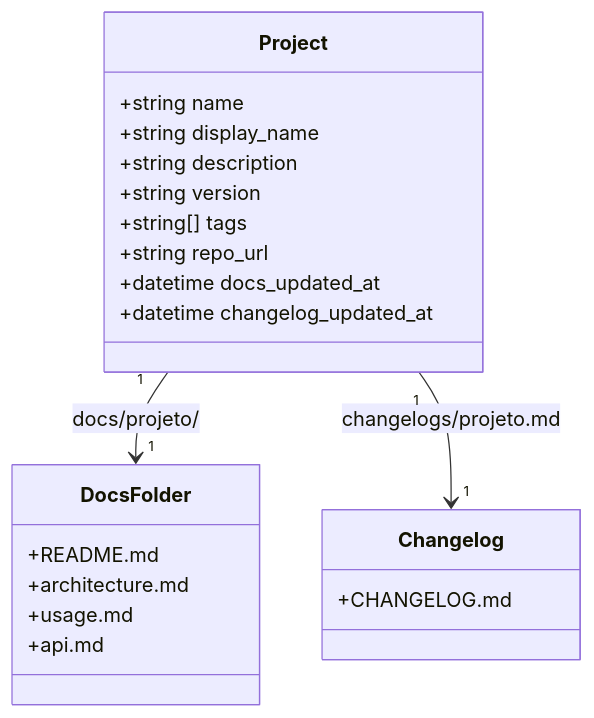
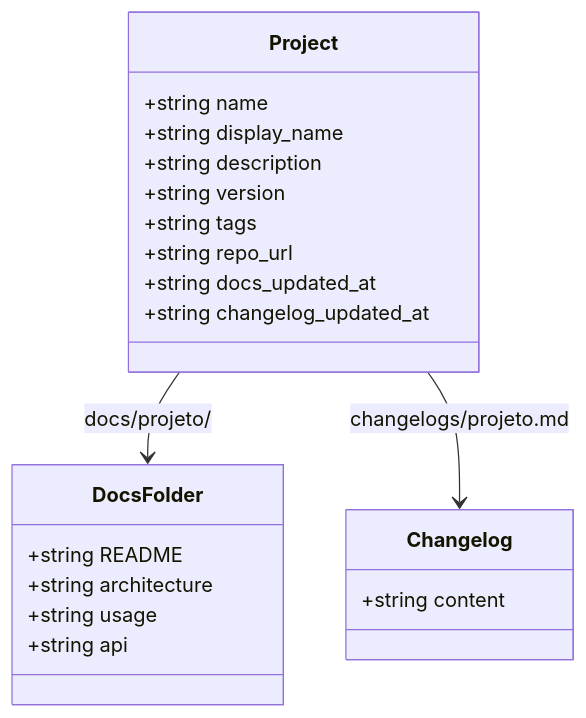
The fourth of 5 diagrams in docs/gitops-portfolio-lambda/architecture.md (uMatheusx/portfolio-hub), drawn with Mermaid before and after one commit. The commit also changed other lines of this file and 1 other file, not shown here.

Commit message:
fix: architecture default project

````diff
--- a/docs/gitops-portfolio-lambda/architecture.md
+++ b/docs/gitops-portfolio-lambda/architecture.md
@@ -62,27 +61,27 @@
 ```mermaid
 classDiagram
     class Project {
         +string name
         +string display_name
         +string description
         +string version
-        +string[] tags
+        +string tags
         +string repo_url
-        +datetime docs_updated_at
-        +datetime changelog_updated_at
+        +string docs_updated_at
+        +string changelog_updated_at
     }
 
     class DocsFolder {
-        +README.md
-        +architecture.md
-        +usage.md
-        +api.md
+        +string README
+        +string architecture
+        +string usage
+        +string api
     }
 
     class Changelog {
-        +CHANGELOG.md
+        +string content
     }
 
-    Project "1" --> "1" DocsFolder : docs/projeto/
-    Project "1" --> "1" Changelog : changelogs/projeto.md
+    Project --> DocsFolder : docs/projeto/
+    Project --> Changelog : changelogs/projeto.md
 ```
````
